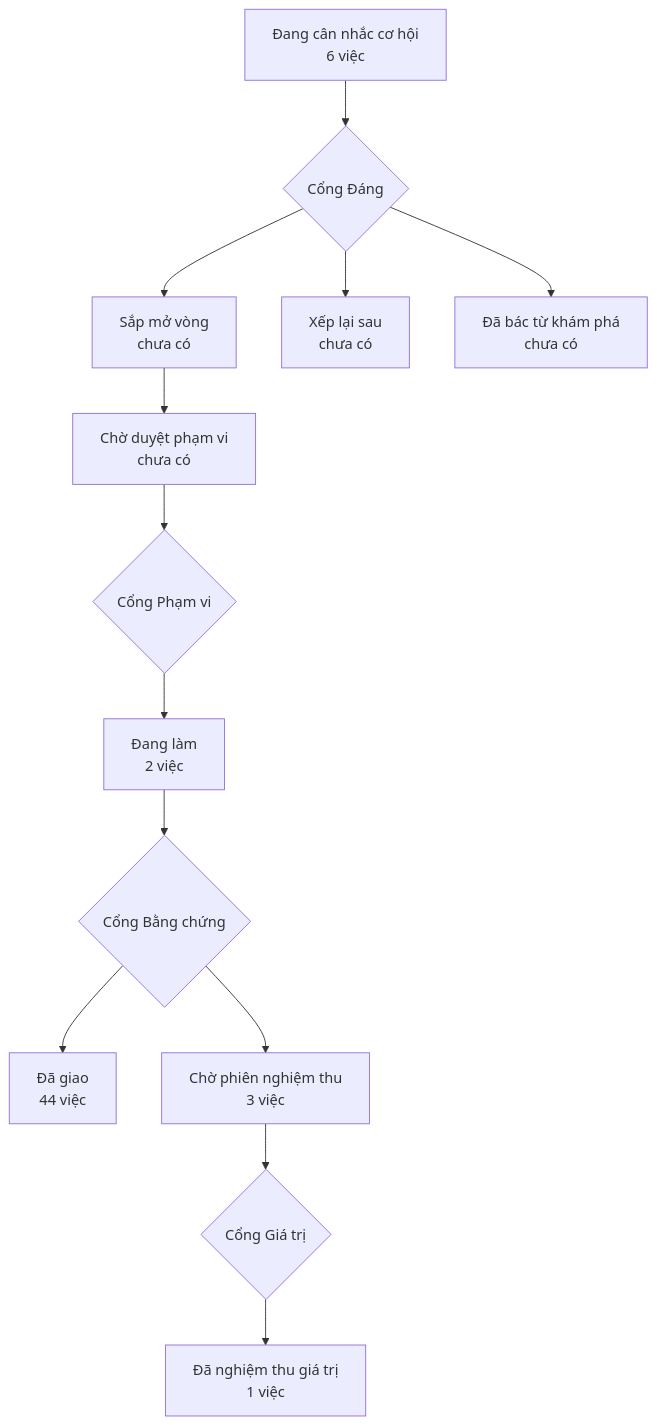
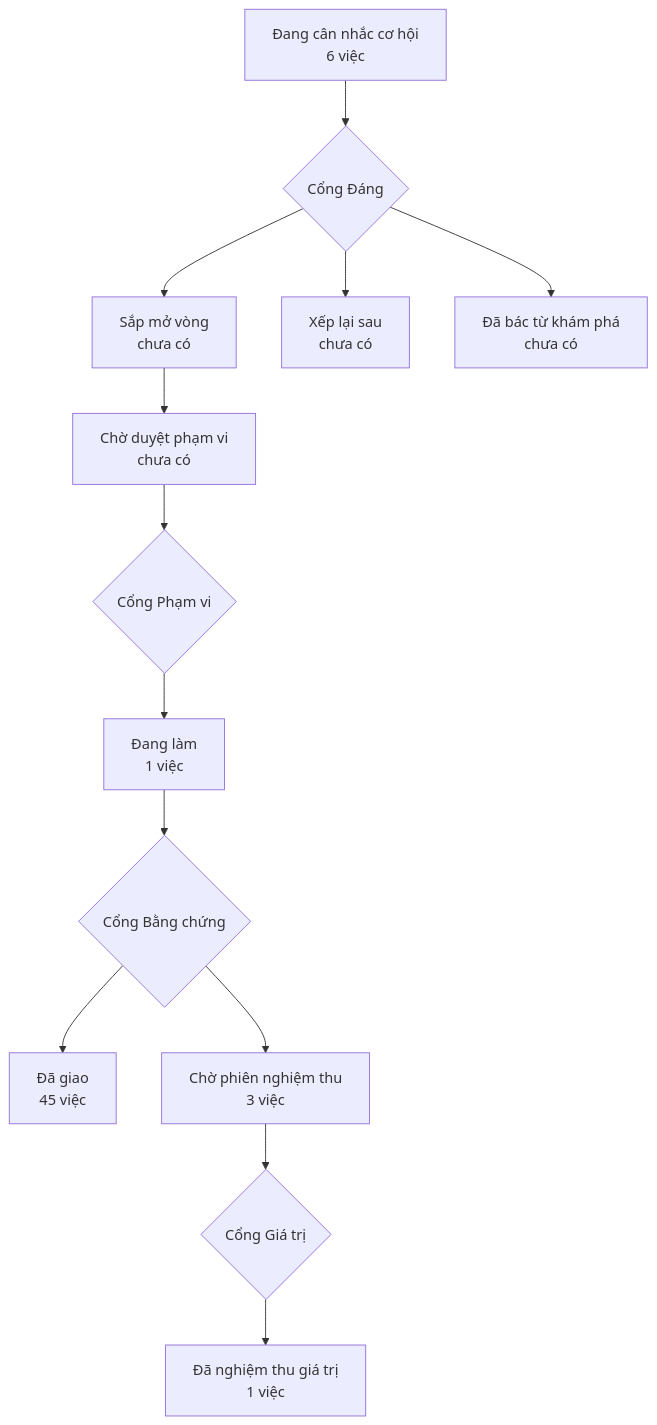
Before and after one commit to phanlemanh/crm-onehub: the diagram in PRODUCT-MAP.md, drawn with Mermaid. The commit also changed 4 other files, not shown here.

````diff
--- a/PRODUCT-MAP.md
+++ b/PRODUCT-MAP.md
@@ -6,12 +6,12 @@
 ```mermaid
 flowchart TD
   A["Đang cân nhắc cơ hội<br/>6 việc"] --> GD{"Cổng Đáng"}
   GD --> B["Sắp mở vòng<br/>chưa có"]
   GD --> XL["Xếp lại sau<br/>chưa có"]
   GD --> DB["Đã bác từ khám phá<br/>chưa có"]
   B --> CD["Chờ duyệt phạm vi<br/>chưa có"] --> GP{"Cổng Phạm vi"}
-  GP --> DL["Đang làm<br/>2 việc"] --> GB{"Cổng Bằng chứng"}
-  GB --> DG["Đã giao<br/>44 việc"]
+  GP --> DL["Đang làm<br/>1 việc"] --> GB{"Cổng Bằng chứng"}
+  GB --> DG["Đã giao<br/>45 việc"]
   GB --> CN["Chờ phiên nghiệm thu<br/>3 việc"] --> GG{"Cổng Giá trị"}
   GG --> NT["Đã nghiệm thu giá trị<br/>1 việc"]
 ```
````
